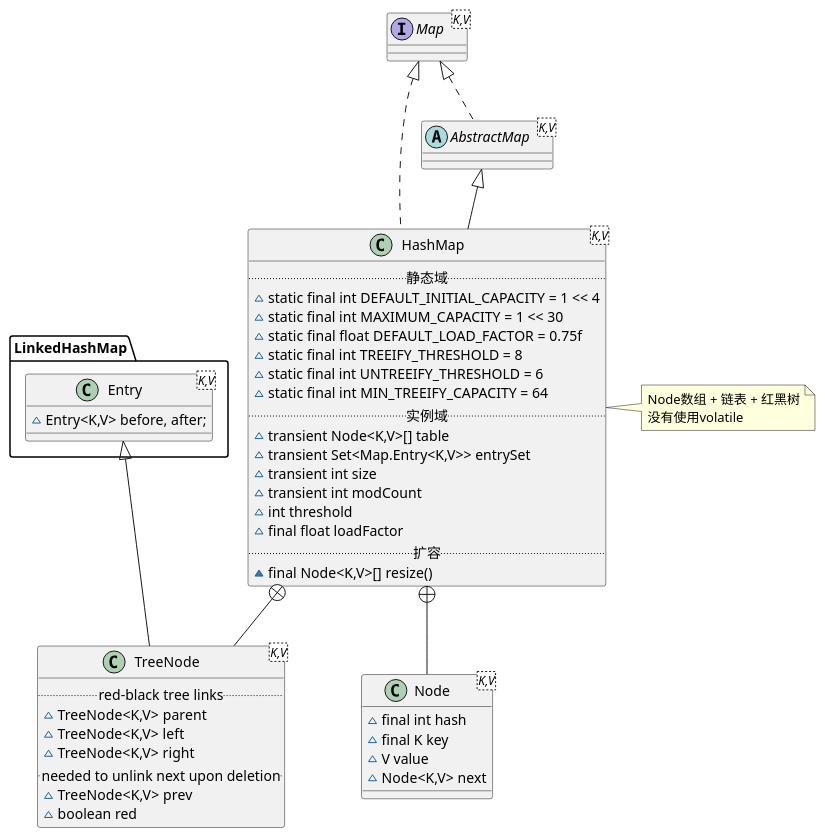
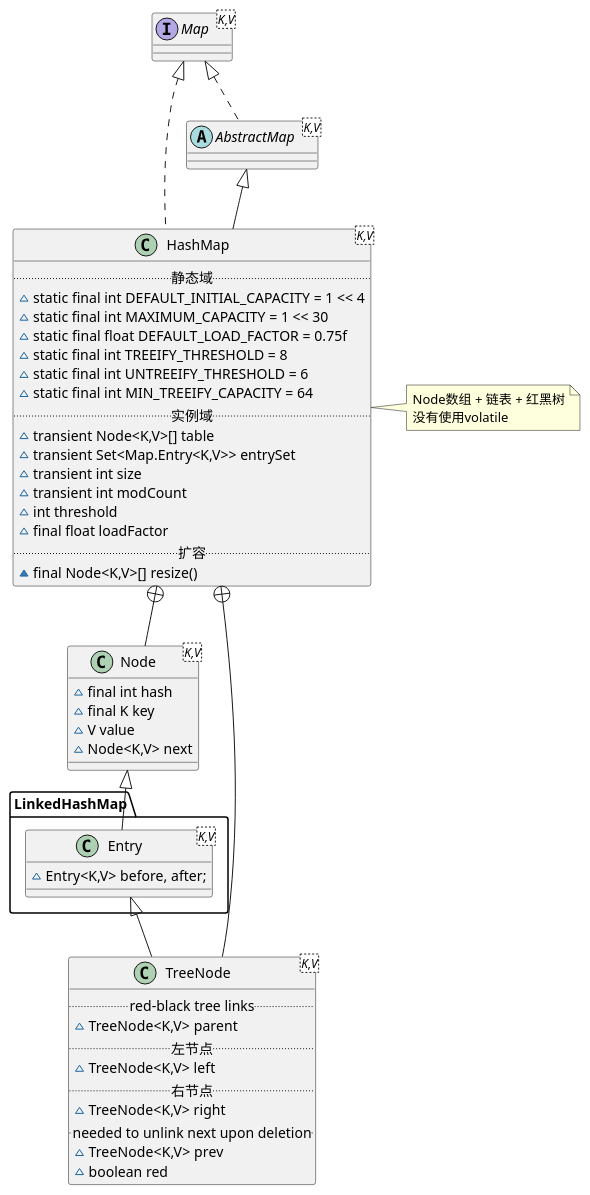
One commit to onlyonion/development changed the fourth of 4 diagrams in 10-java/src/java/collections/map.HashMap.md. Above: the diagram before and after it, drawn with PlantUML. The commit also changed other lines of this file and 11 other files, not shown here.

````diff
--- a/10-java/src/java/collections/map.HashMap.md
+++ b/10-java/src/java/collections/map.HashMap.md
@@ -175,64 +181,67 @@
 ```plantuml
 @startuml
 
 ''''''''''''''''''''''''' Map ''''''''''''''''''''''''''''''
 interface Map<K,V>
 abstract class AbstractMap<K,V> 
 Map <|.. AbstractMap
 
 ''''''''''''''''''''''''' HashMap ''''''''''''''''''''''''''''''
 class HashMap<K,V> {
     .. 静态域 ..
     ~ static final int DEFAULT_INITIAL_CAPACITY = 1 << 4
     ~ static final int MAXIMUM_CAPACITY = 1 << 30
     ~ static final float DEFAULT_LOAD_FACTOR = 0.75f
     ~ static final int TREEIFY_THRESHOLD = 8
     ~ static final int UNTREEIFY_THRESHOLD = 6
     ~ static final int MIN_TREEIFY_CAPACITY = 64
     .. 实例域 ..
     ~ transient Node<K,V>[] table
     ~ transient Set<Map.Entry<K,V>> entrySet
     ~ transient int size
     ~ transient int modCount
     ~ int threshold
     ~ final float loadFactor
     .. 扩容 ..
     ~ final Node<K,V>[] resize()
 }
 
 note right
 Node数组 + 链表 + 红黑树
 没有使用volatile
 end note
 
 Map <|.. HashMap
 AbstractMap <|-- HashMap
 
 ''''''''''''''''''''''''' Node ''''''''''''''''''''''''''''''
 class Node<K,V> {
     ~ final int hash
     ~ final K key
     ~ V value
     ~ Node<K,V> next
 }
 
 HashMap +-- Node
 
 ''''''''''''''''''''''''' 红黑树 ''''''''''''''''''''''''''''''
 class LinkedHashMap.Entry<K,V> {
     ~ Entry<K,V> before, after;
 }
 class TreeNode<K,V> {
     .. red-black tree links ..
     ~ TreeNode<K,V> parent
+    .. 左节点 ..
     ~ TreeNode<K,V> left
+    .. 右节点 ..
     ~ TreeNode<K,V> right
     .. needed to unlink next upon deletion ..
     ~ TreeNode<K,V> prev
     ~ boolean red
 }
+Node <|-- LinkedHashMap.Entry
 LinkedHashMap.Entry <|-- TreeNode
 HashMap +-- TreeNode
 
 @enduml
 ```
````
